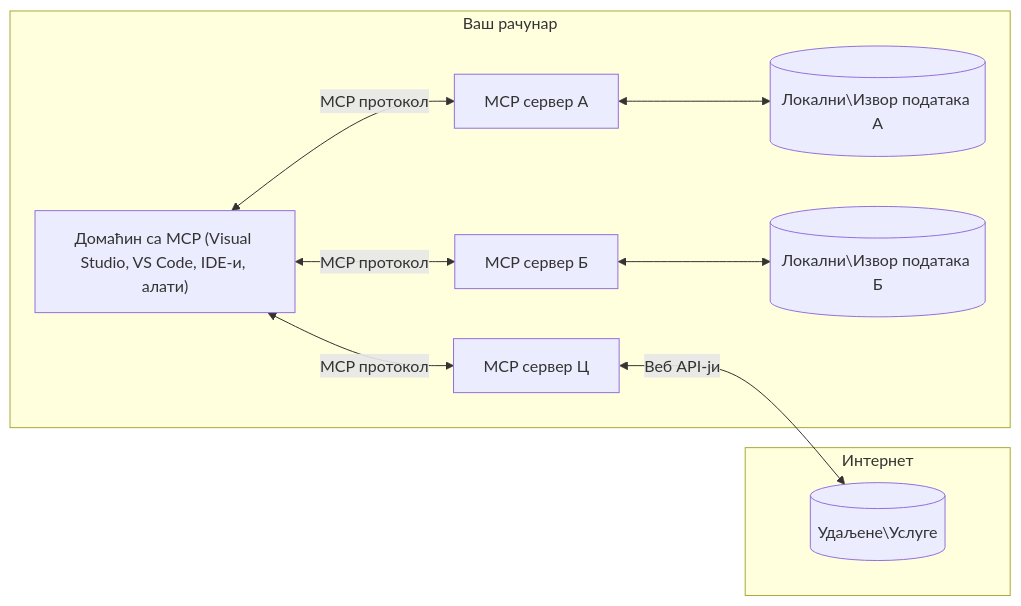
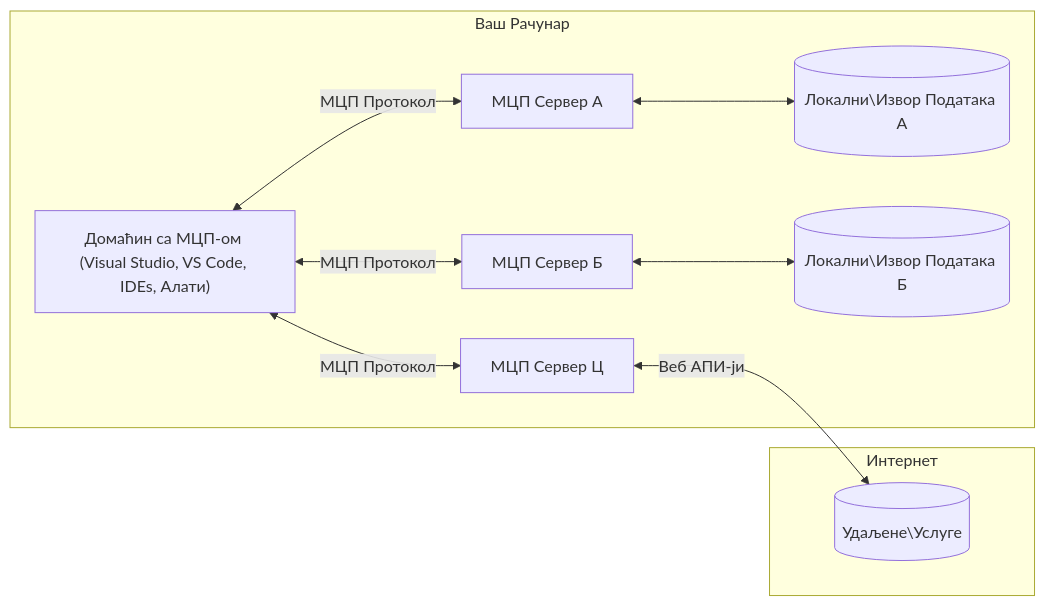
Before and after one commit to Mu-L/mcp-for-beginners: the diagram in translations/sr/01-CoreConcepts/README.md, drawn with Mermaid. The commit also changed other lines of this file and 5 other files, not shown here.

````diff
--- a/translations/sr/01-CoreConcepts/README.md
+++ b/translations/sr/01-CoreConcepts/README.md
@@ -45,17 +45,17 @@
 ```mermaid
 flowchart LR
-    subgraph "Ваш рачунар"
-        Host["Домаћин са MCP (Visual Studio, VS Code, IDE-и, алати)"]
-        S1["MCP сервер А"]
-        S2["MCP сервер Б"]
-        S3["MCP сервер Ц"]
-        Host <-->|"MCP протокол"| S1
-        Host <-->|"MCP протокол"| S2
-        Host <-->|"MCP протокол"| S3
-        S1 <--> D1[("Локални\Извор података А")]
-        S2 <--> D2[("Локални\Извор података Б")]
+    subgraph "Ваш Рачунар"
+        Host["Домаћин са МЦП-ом (Visual Studio, VS Code, IDEs, Алати)"]
+        S1["МЦП Сервер А"]
+        S2["МЦП Сервер Б"]
+        S3["МЦП Сервер Ц"]
+        Host <-->|"МЦП Протокол"| S1
+        Host <-->|"МЦП Протокол"| S2
+        Host <-->|"МЦП Протокол"| S3
+        S1 <--> D1[("Локални\Извор Података А")]
+        S2 <--> D2[("Локални\Извор Података Б")]
     end
     subgraph "Интернет"
-        S3 <-->|"Веб API-ји"| D3[("Удаљене\Услуге")]
+        S3 <-->|"Веб АПИ-ји"| D3[("Удаљене\Услуге")]
     end
 ```
````
